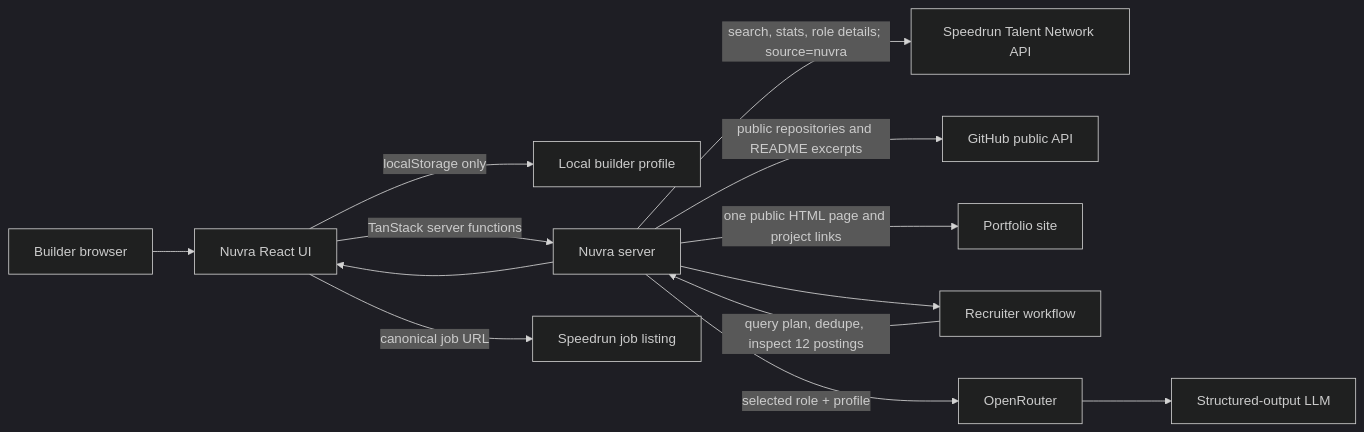
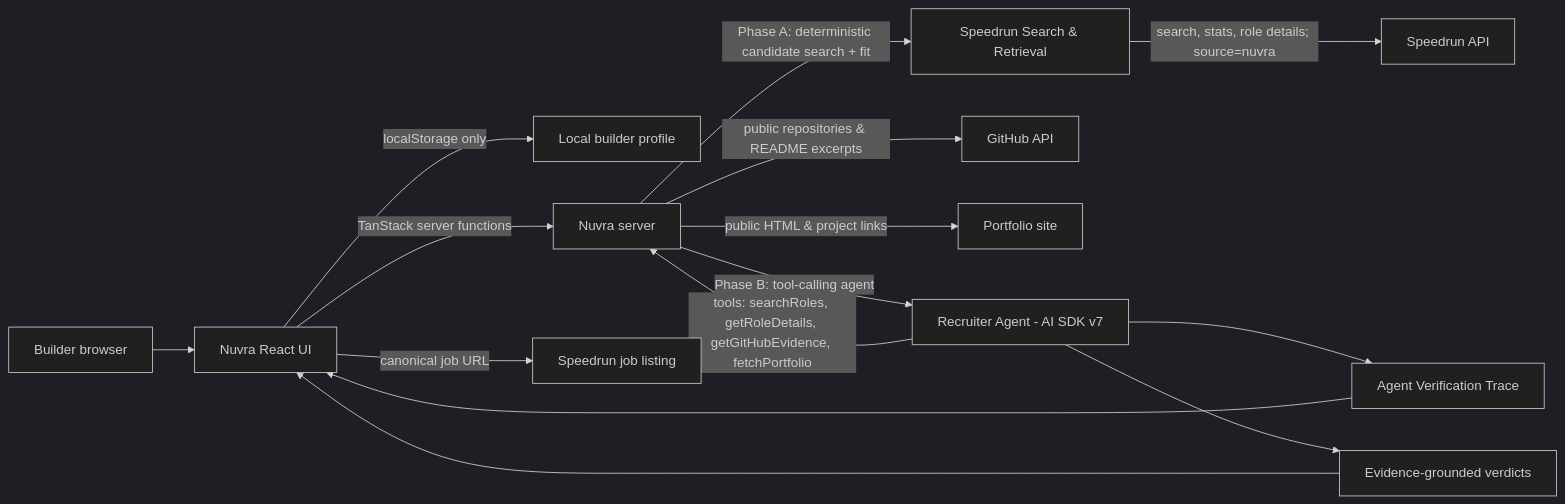
Before and after one commit to NikhilRaikwar/Nuvra: the first of 2 diagrams in README.md, drawn with Mermaid (dark theme). The commit also changed other lines of this file and 70 other files, not shown here.

Commit message:
feat: add tool-calling recruiter agent and verification trace

````diff
--- a/README.md
+++ b/README.md
@@ -46,15 +54,17 @@
 ```mermaid
 flowchart LR
   Builder[Builder browser] --> UI[Nuvra React UI]
   UI -->|localStorage only| Profile[Local builder profile]
   UI -->|TanStack server functions| Server[Nuvra server]
-  Server -->|search, stats, role details; source=nuvra| Speedrun[Speedrun Talent Network API]
-  Server -->|public repositories and README excerpts| GitHub[GitHub public API]
-  Server -->|one public HTML page and project links| Portfolio[Portfolio site]
-  Server --> Recruiter[Recruiter workflow]
-  Recruiter -->|query plan, dedupe, inspect 12 postings| Server
-  Server -->|selected role + profile| OpenRouter[OpenRouter]
-  OpenRouter --> Model[Structured-output LLM]
-  Server --> UI
+  Server -->|Phase A: deterministic candidate search + fit| Retrieval[Speedrun Search & Retrieval]
+  Retrieval -->|search, stats, role details; source=nuvra| Speedrun[Speedrun API]
+  Server -->|public repositories & README excerpts| GitHub[GitHub API]
+  Server -->|public HTML & project links| Portfolio[Portfolio site]
+  Server -->|Phase B: tool-calling agent| Agent[Recruiter Agent - AI SDK v7]
+  Agent -->|tools: searchRoles, getRoleDetails, getGitHubEvidence, fetchPortfolio| Server
+  Agent --> Trace[Agent Verification Trace]
+  Agent --> Verdicts[Evidence-grounded verdicts]
+  Verdicts --> UI
+  Trace --> UI
   UI -->|canonical job URL| Listing[Speedrun job listing]
 ```
````
